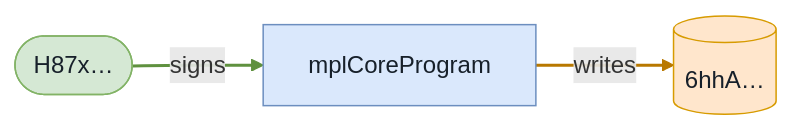
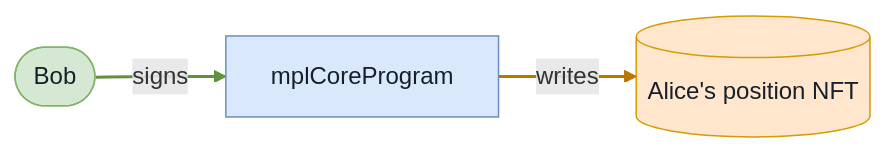
One commit to cds-turbin3/vesting-position changed diagram 17 of 21 in babelfish-tests/test-report/scenario_3_buyback_alice_claims_again.md. Above: the diagram before and after it, drawn with Mermaid. The commit also changed other lines of this file and 104 other files, not shown here.

````diff
--- a/babelfish-tests/test-report/scenario_3_buyback_alice_claims_again.md
+++ b/babelfish-tests/test-report/scenario_3_buyback_alice_claims_again.md
@@ -653,13 +654,13 @@
 ```mermaid
 flowchart LR
     mplCoreProgram["mplCoreProgram"]:::program
-    n6hhA[("6hhA…")]:::state
-    H87x(["H87x…"]):::signer
-    mplCoreProgram -->|writes| n6hhA
-    H87x -->|signs| mplCoreProgram
+    AlicespositionNFT[("Alice's position NFT")]:::state
+    Bob(["Bob"]):::signer
+    mplCoreProgram -->|writes| AlicespositionNFT
+    Bob -->|signs| mplCoreProgram
     classDef program fill:#dae8fc,stroke:#6c8ebf,color:#17202a;
     classDef signer fill:#d5e8d4,stroke:#82b366,color:#17202a;
     classDef state fill:#ffe6cc,stroke:#d79b00,color:#17202a;
     linkStyle 0 stroke:#b87800,stroke-width:2px
     linkStyle 1 stroke:#5f913f,stroke-width:2px
 ```
````
